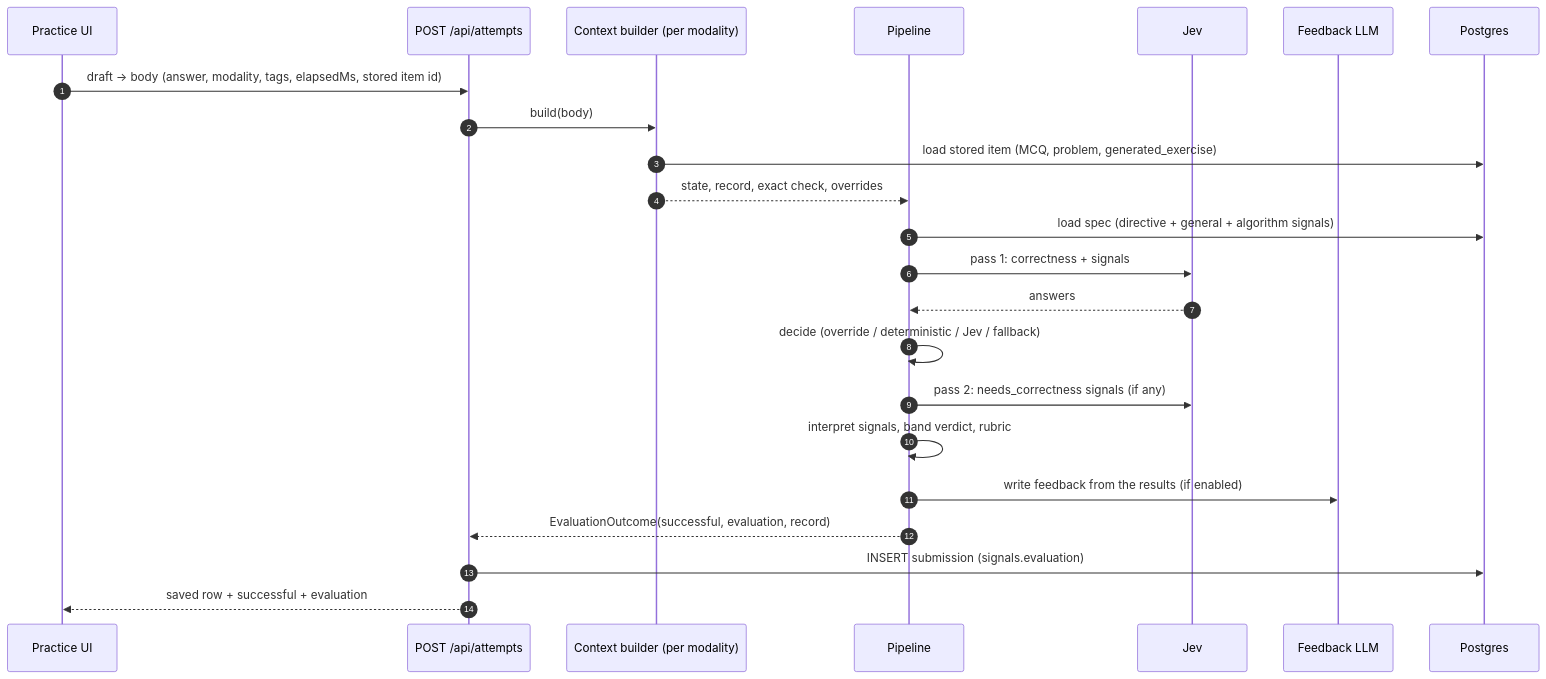
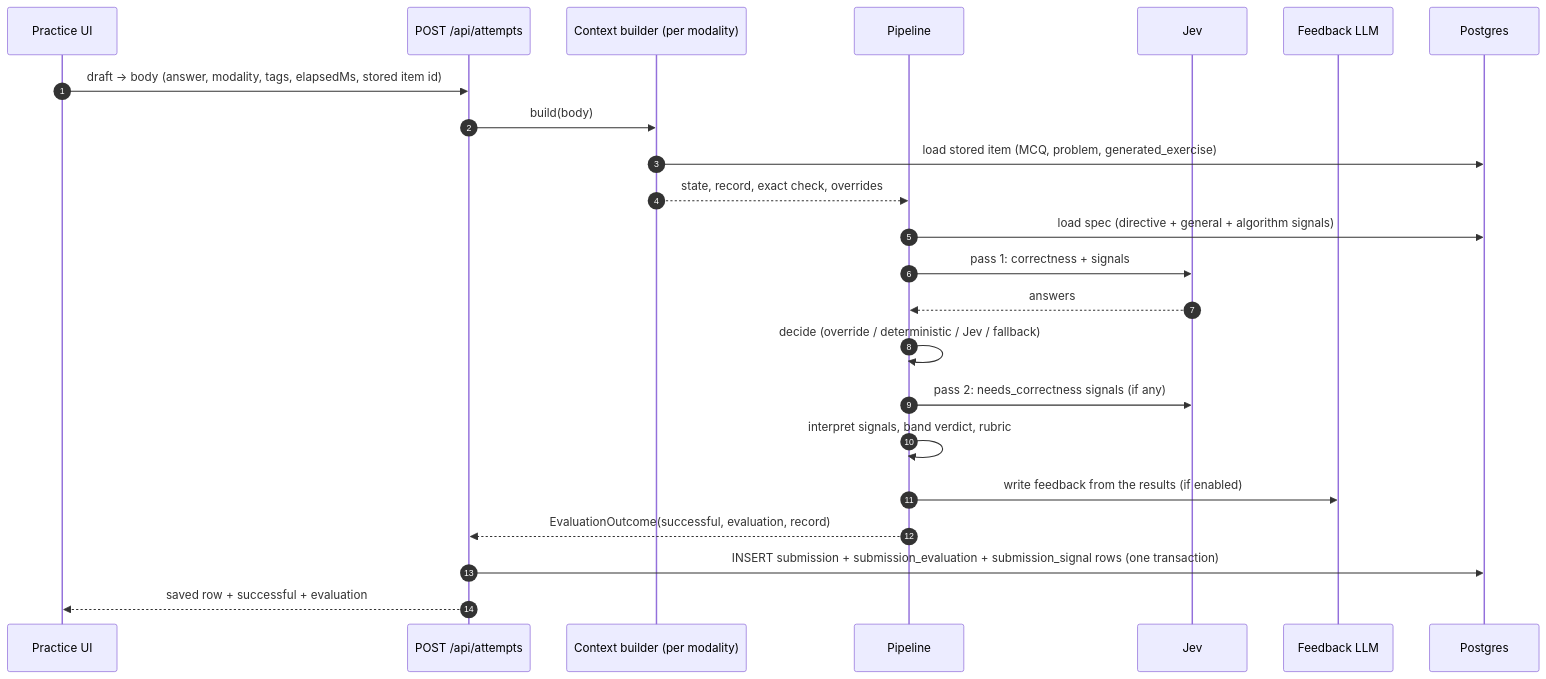
The second of 5 diagrams in docs/data-flow.md (maxmarzolf/system1), drawn with Mermaid before and after one commit. The commit also changed other lines of this file and 27 other files, not shown here.

First line of the commit message:
Store submission signals relationally

````diff
--- a/docs/data-flow.md
+++ b/docs/data-flow.md
@@ -59,26 +59,26 @@
 ```mermaid
 sequenceDiagram
   autonumber
   participant UI as Practice UI
   participant API as POST /api/attempts
   participant Ctx as Context builder (per modality)
   participant P as Pipeline
   participant Jev
   participant LLM as Feedback LLM
   participant DB as Postgres
 
   UI->>API: draft → body (answer, modality, tags, elapsedMs, stored item id)
   API->>Ctx: build(body)
   Ctx->>DB: load stored item (MCQ, problem, generated_exercise)
   Ctx-->>P: state, record, exact check, overrides
   P->>DB: load spec (directive + general + algorithm signals)
   P->>Jev: pass 1: correctness + signals
   Jev-->>P: answers
   P->>P: decide (override / deterministic / Jev / fallback)
   P->>Jev: pass 2: needs_correctness signals (if any)
   P->>P: interpret signals, band verdict, rubric
   P->>LLM: write feedback from the results (if enabled)
   P-->>API: EvaluationOutcome(successful, evaluation, record)
-  API->>DB: INSERT submission (signals.evaluation)
+  API->>DB: INSERT submission + submission_evaluation + submission_signal rows (one transaction)
   API-->>UI: saved row + successful + evaluation
 ```
````
